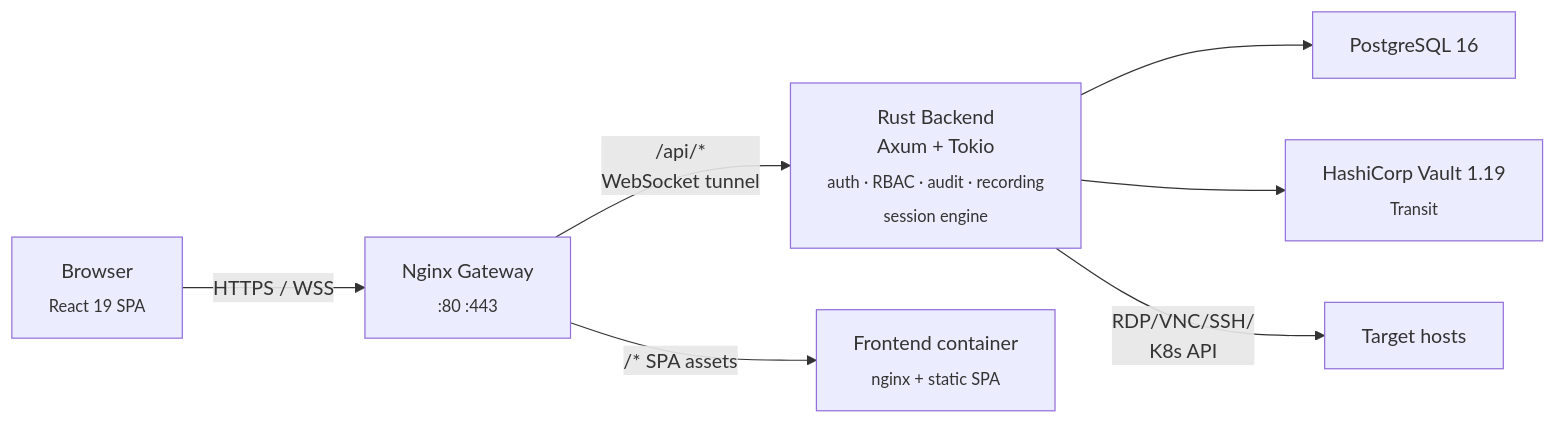
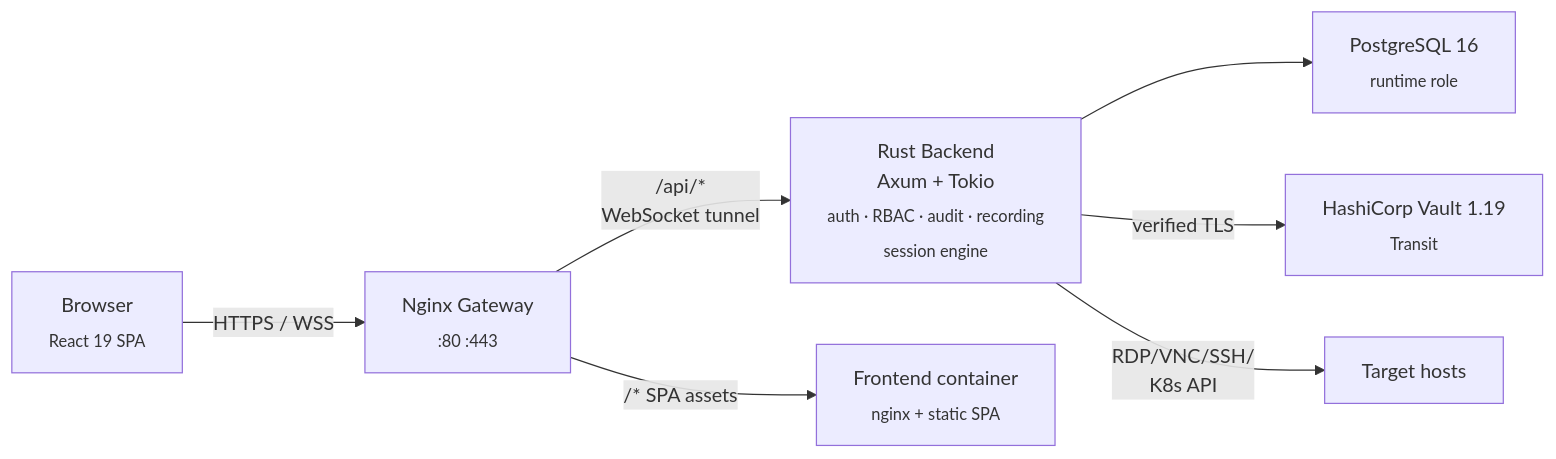
The diagram in ARCHITECTURE.md (Bails309/strata-client), drawn with Mermaid before and after one commit. The commit also changed other lines of this file and 28 other files, not shown here.

````diff
--- a/ARCHITECTURE.md
+++ b/ARCHITECTURE.md
@@ -13,13 +13,13 @@
 ```mermaid
 flowchart LR
     Browser["Browser<br/><sub>React 19 SPA</sub>"]
     Browser -->|HTTPS / WSS| Nginx
     Nginx["Nginx Gateway<br/><sub>:80 :443</sub>"]
     Nginx -->|/api/*<br/>WebSocket tunnel| Backend
     Nginx -->|/* SPA assets| Frontend
     Backend["Rust Backend<br/>Axum + Tokio<br/><sub>auth · RBAC · audit · recording<br/>session engine</sub>"]
     Frontend["Frontend container<br/><sub>nginx + static SPA</sub>"]
-    Backend --> Postgres["PostgreSQL 16"]
-    Backend --> Vault["HashiCorp Vault 1.19<br/><sub>Transit</sub>"]
+    Backend --> Postgres["PostgreSQL 16<br/><sub>runtime role</sub>"]
+    Backend -->|verified TLS| Vault["HashiCorp Vault 1.19<br/><sub>Transit</sub>"]
     Backend -->|RDP/VNC/SSH/<br/>K8s API| Targets["Target hosts"]
 ```
````
